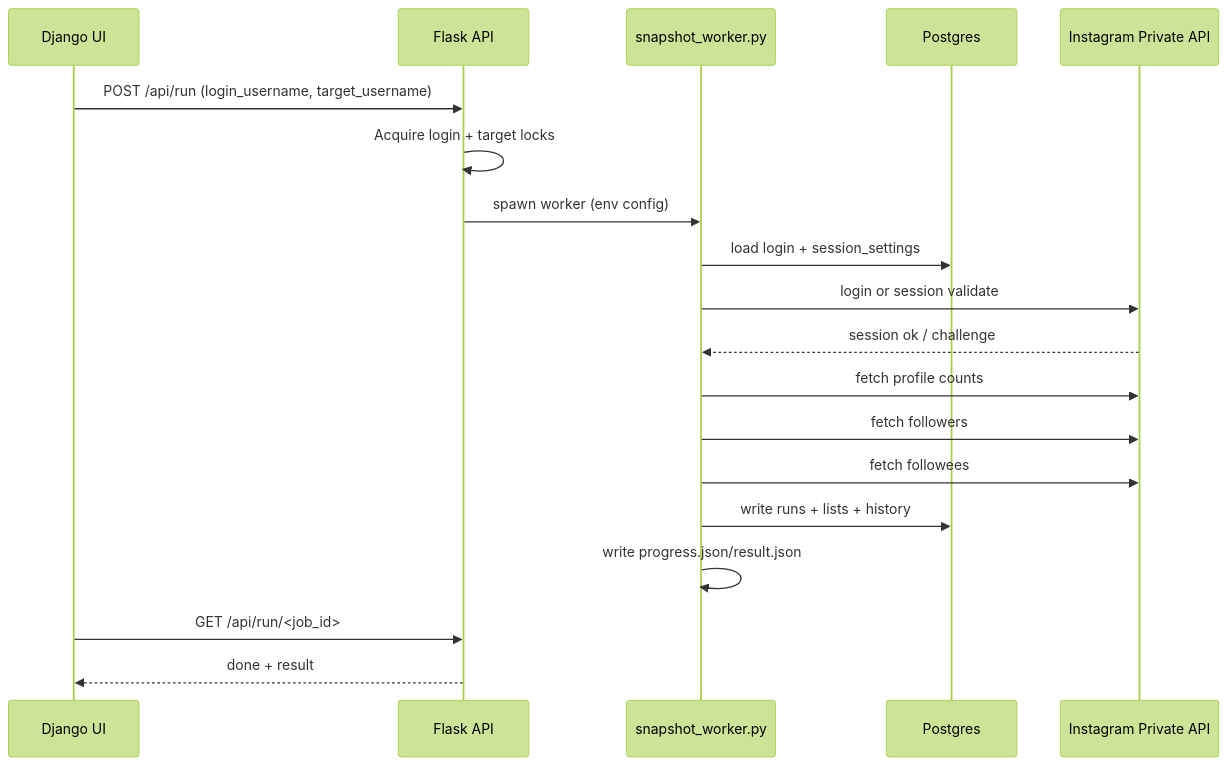
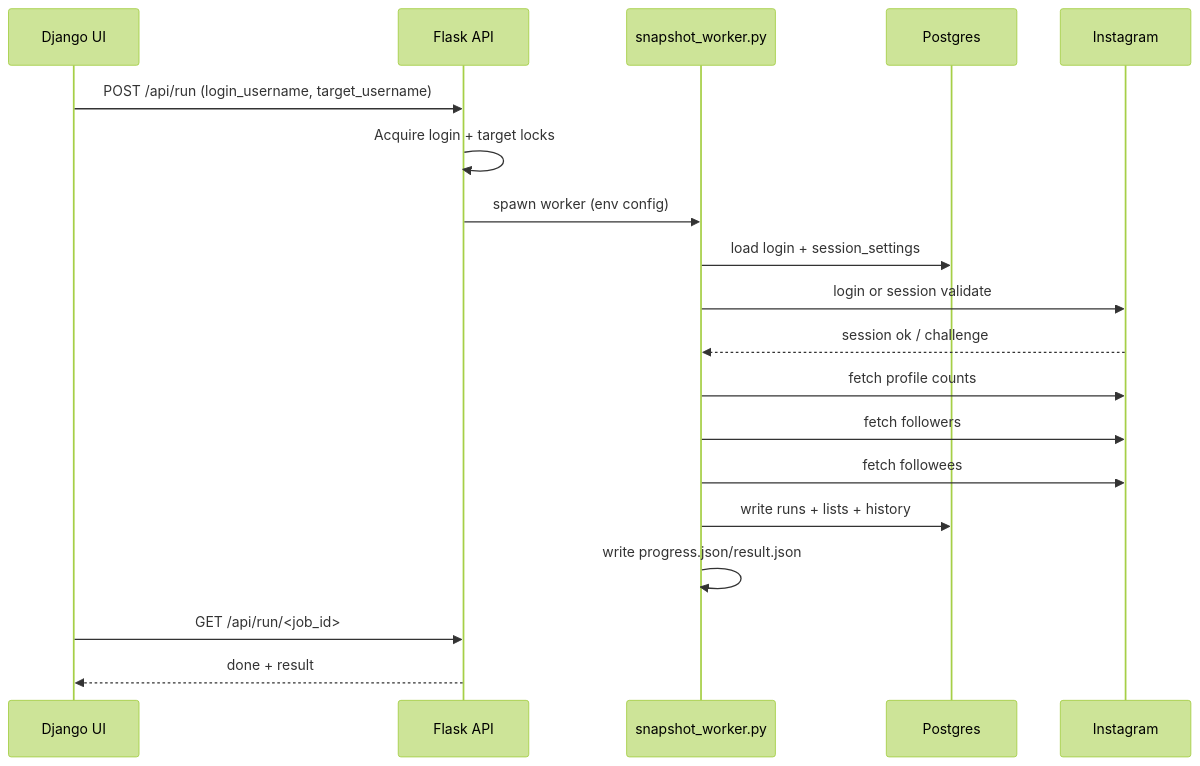
One commit to mikezio/InstaLab changed the second of 4 diagrams in ARCHITECTURE.md. Above: the diagram before and after it, drawn with Mermaid (forest theme). The commit also changed other lines of this file and 10 other files, not shown here.

````diff
--- a/ARCHITECTURE.md
+++ b/ARCHITECTURE.md
@@ -44,22 +44,22 @@
 ```mermaid
 sequenceDiagram
   participant UI as Django UI
   participant API as Flask API
   participant W as snapshot_worker.py
   participant P as Postgres
-  participant IG as Instagram Private API
+  participant IG as Instagram
 
   UI->>API: POST /api/run (login_username, target_username)
   API->>API: Acquire login + target locks
   API->>W: spawn worker (env config)
   W->>P: load login + session_settings
   W->>IG: login or session validate
   IG-->>W: session ok / challenge
   W->>IG: fetch profile counts
   W->>IG: fetch followers
   W->>IG: fetch followees
   W->>P: write runs + lists + history
   W->>W: write progress.json/result.json
   UI->>API: GET /api/run/<job_id>
   API-->>UI: done + result
 ```
````
